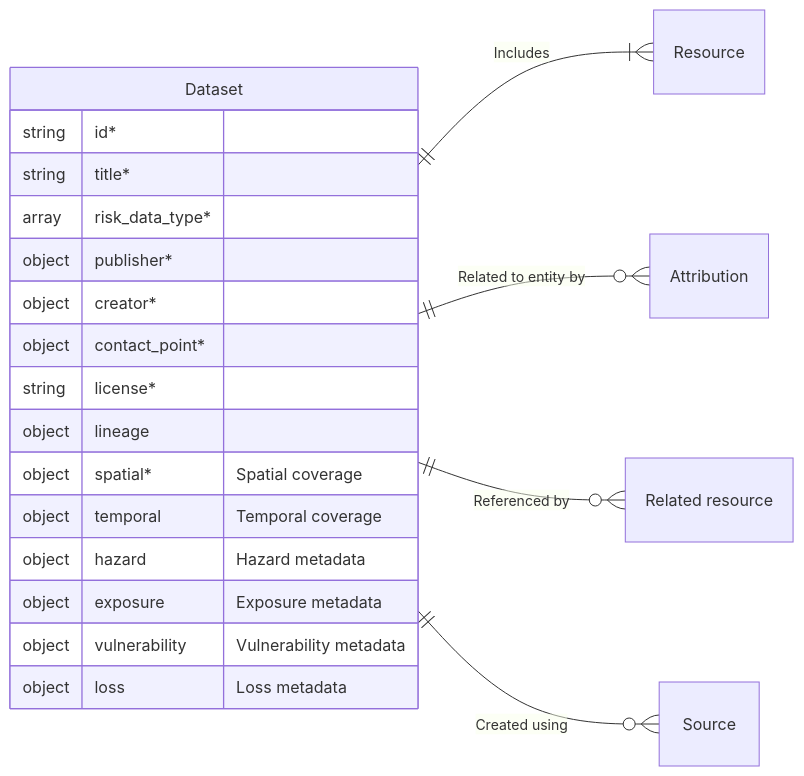
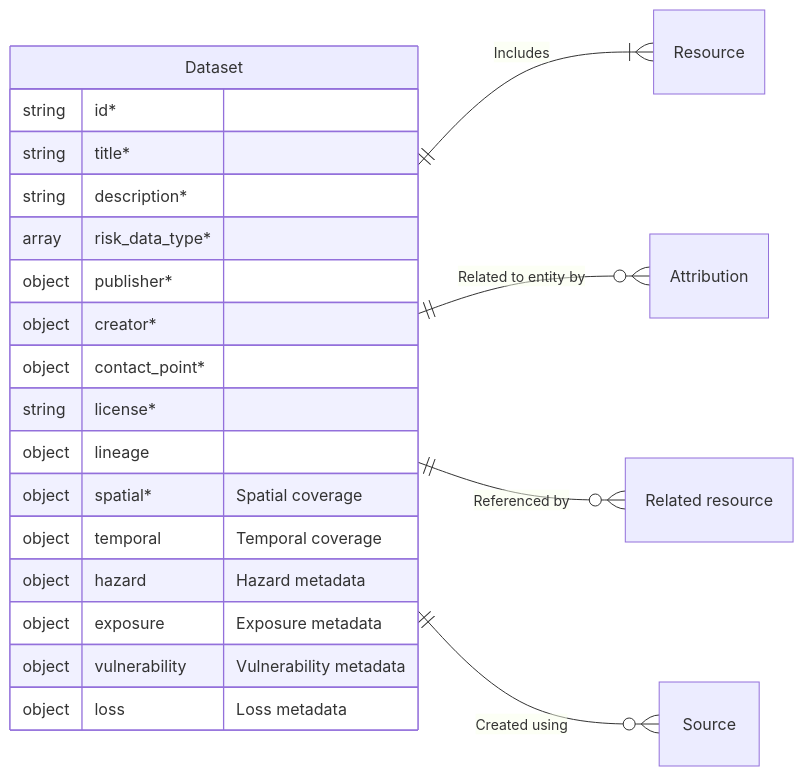
Before and after one commit to GFDRR/rdl-standard: the diagram in docs/reference/schema/dataset.md, drawn with Mermaid.

Commit message:
Update to mermaid diagram to add description

````diff
--- a/docs/reference/schema/dataset.md
+++ b/docs/reference/schema/dataset.md
@@ -22,26 +22,27 @@
 ```{mermaid}
     erDiagram
         Direction LR
         Dataset {
             string id*
             string title*
+            string description*
             array risk_data_type*
             object publisher*
             object creator*
             object contact_point*
             string license*
             object lineage
             object spatial* "Spatial coverage"
             object temporal "Temporal coverage"
             object hazard "Hazard metadata"
             object exposure "Exposure metadata"
             object vulnerability "Vulnerability metadata"
             object loss "Loss metadata"
 
         }
 
         Dataset ||--|{ Resource: "Includes"
         Dataset ||--o{ Attribution: "Related to entity by"
         Dataset ||--o{ "Related resource": "Referenced by"
         Dataset ||--o{ Source: "Created using"
 ```
````
